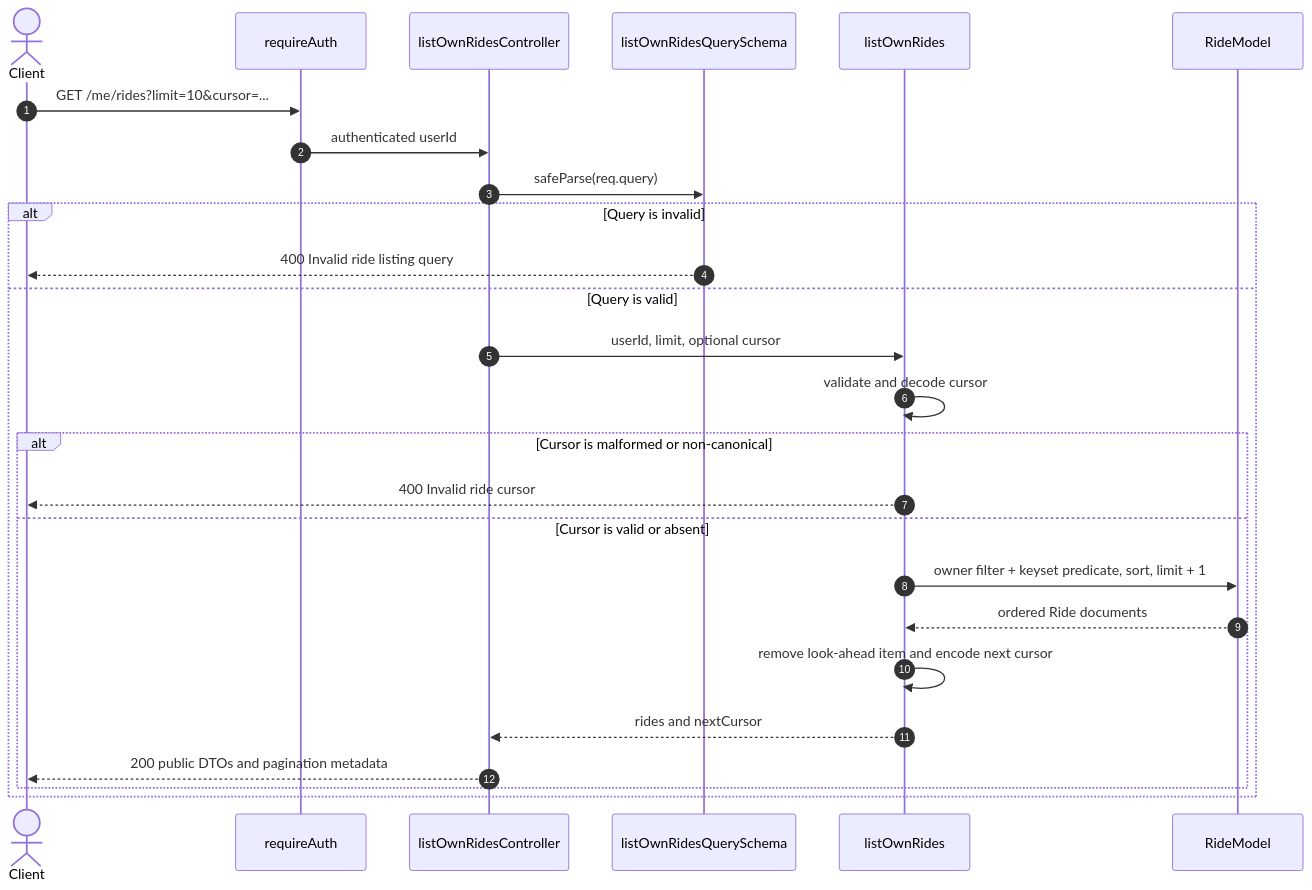
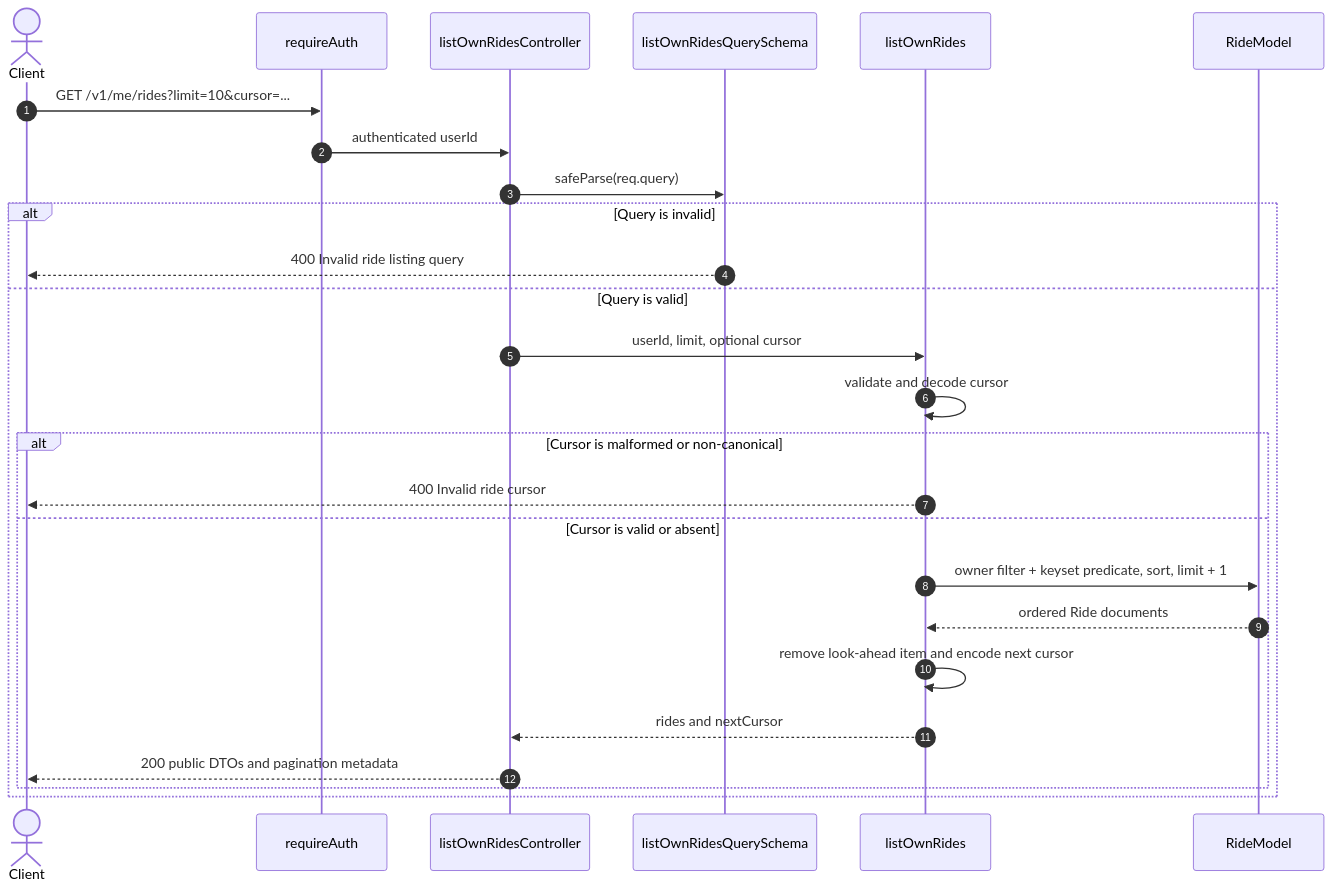
Before and after one commit to Rithvik911/Poolr: the second of 2 diagrams in docs/architecture/driver-ride-listing.md, drawn with Mermaid. The commit also changed other lines of this file and 29 other files, not shown here.

````diff
--- a/docs/architecture/driver-ride-listing.md
+++ b/docs/architecture/driver-ride-listing.md
@@ -40,29 +40,29 @@
 ```mermaid
 sequenceDiagram
     autonumber
     actor Client
     participant Guard as requireAuth
     participant Controller as listOwnRidesController
     participant Schema as listOwnRidesQuerySchema
     participant Service as listOwnRides
     participant Mongo as RideModel
 
-    Client->>Guard: GET /me/rides?limit=10&cursor=...
+    Client->>Guard: GET /v1/me/rides?limit=10&cursor=...
     Guard->>Controller: authenticated userId
     Controller->>Schema: safeParse(req.query)
     alt Query is invalid
         Schema-->>Client: 400 Invalid ride listing query
     else Query is valid
         Controller->>Service: userId, limit, optional cursor
         Service->>Service: validate and decode cursor
         alt Cursor is malformed or non-canonical
             Service-->>Client: 400 Invalid ride cursor
         else Cursor is valid or absent
             Service->>Mongo: owner filter + keyset predicate, sort, limit + 1
             Mongo-->>Service: ordered Ride documents
             Service->>Service: remove look-ahead item and encode next cursor
             Service-->>Controller: rides and nextCursor
             Controller-->>Client: 200 public DTOs and pagination metadata
         end
     end
 ```
````
